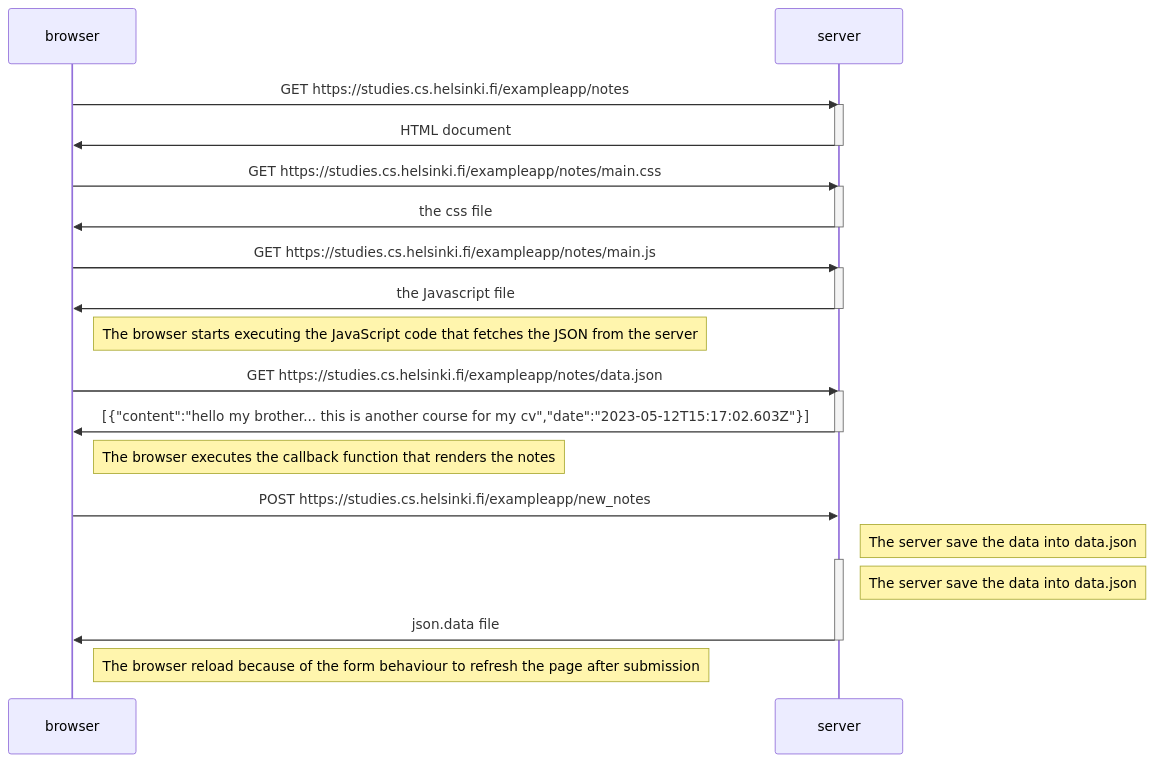
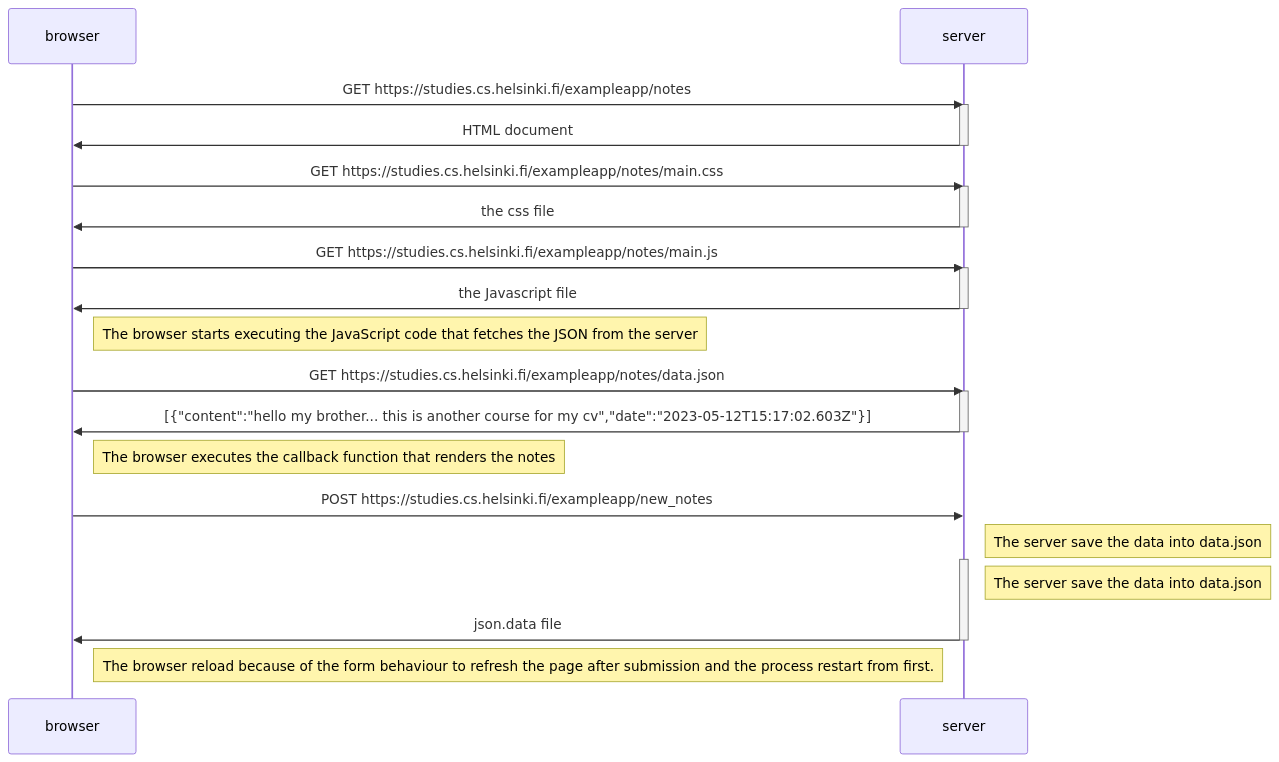
Before and after one commit to asrafamran/fullstackopen: the diagram in part0/README.md, drawn with Mermaid. The commit also changed other lines of this file, not shown here.

````diff
--- a/part0/README.md
+++ b/part0/README.md
@@ -3,38 +3,38 @@
 ```mermaid
 sequenceDiagram
     participant browser
     participant server
 
     browser ->> server: GET https://studies.cs.helsinki.fi/exampleapp/notes
     activate server
     server ->> browser: HTML document
     deactivate server
     
     browser ->> server: GET https://studies.cs.helsinki.fi/exampleapp/notes/main.css
     activate server
     server ->> browser: the css file
     deactivate server
 
     browser ->> server: GET https://studies.cs.helsinki.fi/exampleapp/notes/main.js
     activate server
     server ->> browser: the Javascript file
     deactivate server
 
     Note right of browser: The browser starts executing the JavaScript code that fetches the JSON from the server
 
     browser ->> server: GET https://studies.cs.helsinki.fi/exampleapp/notes/data.json
     activate server
     server ->> browser: [{"content":"hello my brother... this is another course for my cv","date":"2023-05-12T15:17:02.603Z"}]
     deactivate server
     
     Note right of browser: The browser executes the callback function that renders the notes
 
     browser ->> server: POST https://studies.cs.helsinki.fi/exampleapp/new_notes
     Note right of server: The server save the data into data.json
     activate server
     Note right of server: The server save the data into data.json
     server ->> browser: json.data file
     deactivate server
 
-    Note right of browser: The browser reload because of the form behaviour to refresh the page after submission
+    Note right of browser: The browser reload because of the form behaviour to refresh the page after submission and the process restart from first.
 ```
````
